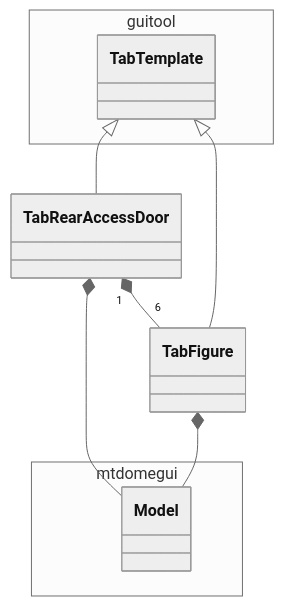
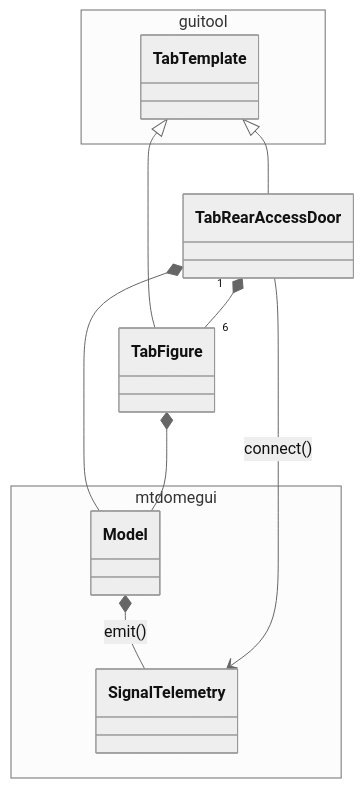
One commit to lsst-ts/ts_mtdomegui changed the diagram in doc/uml/tab/class_tab_rear_access_door.mmd. Above: the diagram before and after it, drawn with Mermaid (neutral theme). The commit also changed 11 other files, not shown here.

```diff
--- a/doc/uml/tab/class_tab_rear_access_door.mmd
+++ b/doc/uml/tab/class_tab_rear_access_door.mmd
@@ -1,17 +1,21 @@
 classDiagram
 
 namespace guitool {
   class TabTemplate
 }
 
 namespace mtdomegui {
   class Model
+  class SignalTelemetry
 }
+
+Model *-- SignalTelemetry : emit()
 
 TabTemplate <|-- TabRearAccessDoor
 TabTemplate <|-- TabFigure
 
 TabRearAccessDoor *-- Model
 TabRearAccessDoor "1" *-- "6" TabFigure
+TabRearAccessDoor --> SignalTelemetry : connect()
 
 TabFigure *-- Model
```
